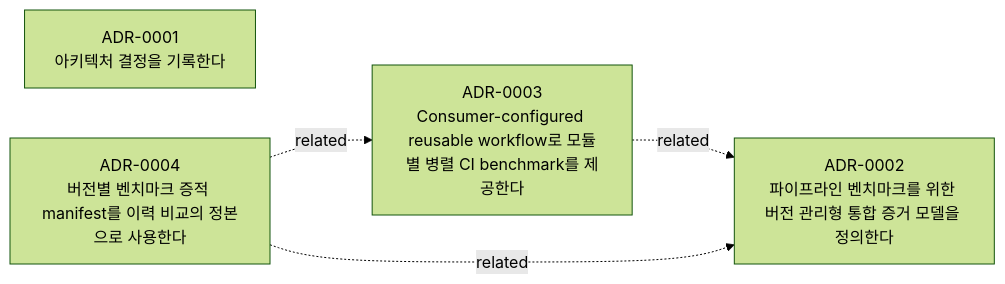
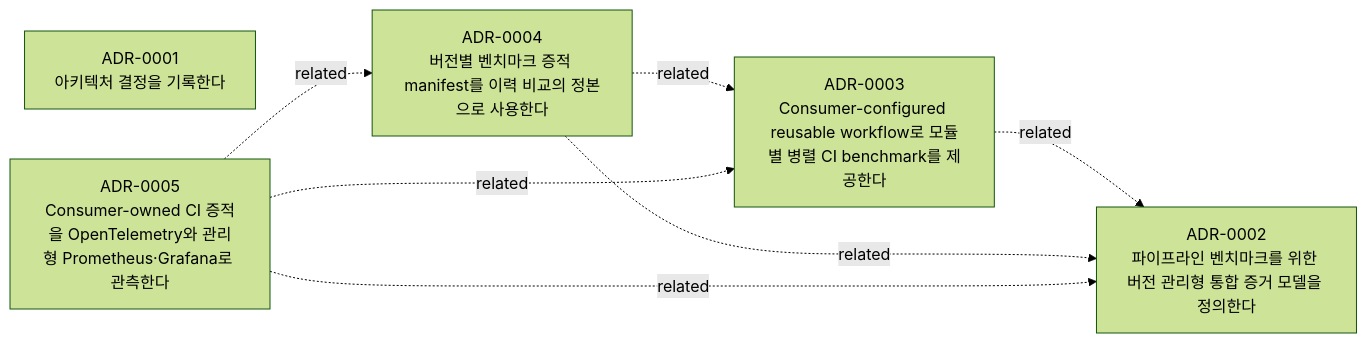
The diagram in docs/decisions/README.md (YRootLab/OnMaru-backend-ci-toolkit), drawn with Mermaid (forest theme) before and after one commit. The commit also changed other lines of this file and 9 other files, not shown here.

Commit message:
docs: define consumer-owned CI observability policy

````diff
--- a/docs/decisions/README.md
+++ b/docs/decisions/README.md
@@ -120,10 +144,14 @@
 ```mermaid
 flowchart LR
   ADR_0001["ADR-0001<br/>아키텍처 결정을 기록한다"]
   ADR_0002["ADR-0002<br/>파이프라인 벤치마크를 위한 버전 관리형 통합 증거 모델을 정의한다"]
   ADR_0003["ADR-0003<br/>Consumer-configured reusable workflow로 모듈별 병렬 CI benchmark를 제공한다"]
   ADR_0004["ADR-0004<br/>버전별 벤치마크 증적 manifest를 이력 비교의 정본으로 사용한다"]
+  ADR_0005["ADR-0005<br/>Consumer-owned CI 증적을 OpenTelemetry와 관리형 Prometheus·Grafana로 관측한다"]
   ADR_0003 -.->|related| ADR_0002
   ADR_0004 -.->|related| ADR_0002
   ADR_0004 -.->|related| ADR_0003
+  ADR_0005 -.->|related| ADR_0002
+  ADR_0005 -.->|related| ADR_0003
+  ADR_0005 -.->|related| ADR_0004
 ```
````
